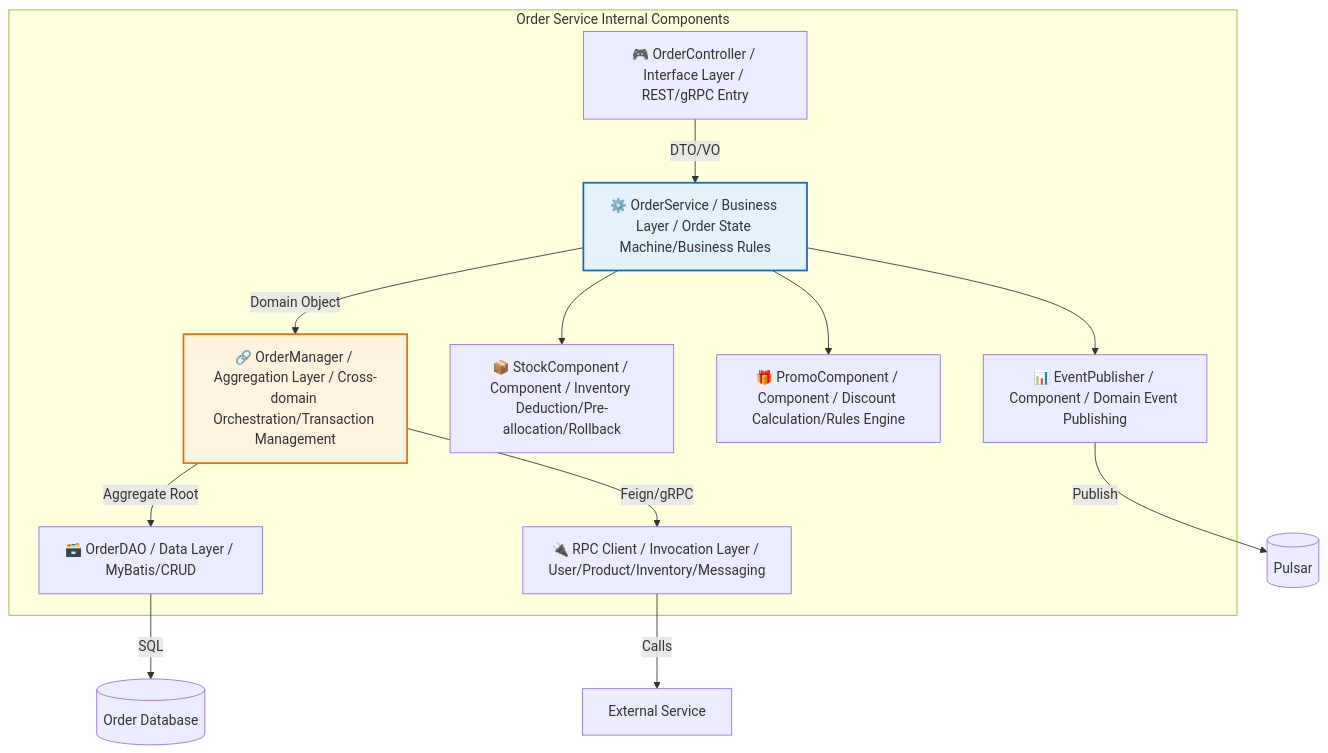
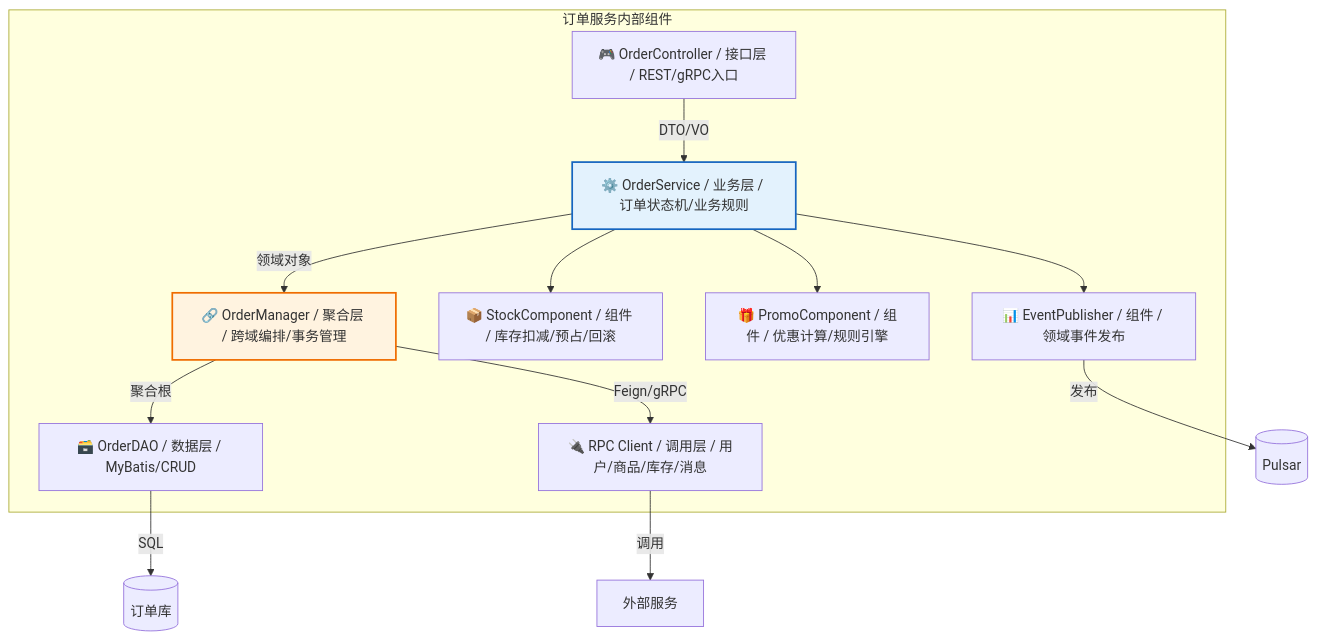
One commit to Kirky-X/cangjie changed the sixth of 15 diagrams in templates/Product/Technology/Template-Architecture.md. Above: the diagram before and after it, drawn with Mermaid. The commit also changed other lines of this file and 33 other files, not shown here.

````diff
--- a/templates/Product/Technology/Template-Architecture.md
+++ b/templates/Product/Technology/Template-Architecture.md
@@ -289,27 +289,27 @@
 ```mermaid
 graph TB
-    subgraph Order Service Internal Components
-        C1[🎮 OrderController / Interface Layer / REST/gRPC Entry]
-        C2[⚙️ OrderService / Business Layer / Order State Machine/Business Rules]
-        C3[🔗 OrderManager / Aggregation Layer / Cross-domain Orchestration/Transaction Management]
-        C4[🗃️ OrderDAO / Data Layer / MyBatis/CRUD]
-        C5[🔌 RPC Client / Invocation Layer / User/Product/Inventory/Messaging]
-        C6[📦 StockComponent / Component / Inventory Deduction/Pre-allocation/Rollback]
-        C7[🎁 PromoComponent / Component / Discount Calculation/Rules Engine]
-        C8[📊 EventPublisher / Component / Domain Event Publishing]
+    subgraph 订单服务内部组件
+        C1[🎮 OrderController / 接口层 / REST/gRPC入口]
+        C2[⚙️ OrderService / 业务层 / 订单状态机/业务规则]
+        C3[🔗 OrderManager / 聚合层 / 跨域编排/事务管理]
+        C4[🗃️ OrderDAO / 数据层 / MyBatis/CRUD]
+        C5[🔌 RPC Client / 调用层 / 用户/商品/库存/消息]
+        C6[📦 StockComponent / 组件 / 库存扣减/预占/回滚]
+        C7[🎁 PromoComponent / 组件 / 优惠计算/规则引擎]
+        C8[📊 EventPublisher / 组件 / 领域事件发布]
     end
 
     C1 -->|DTO/VO| C2
     C2 --> C6
     C2 --> C7
     C2 --> C8
-    C2 -->|Domain Object| C3
-    C3 -->|Aggregate Root| C4
+    C2 -->|领域对象| C3
+    C3 -->|聚合根| C4
     C3 -->|Feign/gRPC| C5
-    C4 -->|SQL| D1[(Order Database)]
-    C5 -->|Calls| E1[External Service]
-    C8 -->|Publish| Q1[(Pulsar)]
+    C4 -->|SQL| D1[(订单库)]
+    C5 -->|调用| E1[外部服务]
+    C8 -->|发布| Q1[(Pulsar)]
 
     style C2 fill:#e3f2fd,stroke:#1565c0,stroke-width:2px
     style C3 fill:#fff3e0,stroke:#ef6c00,stroke-width:2px
 ```
````
